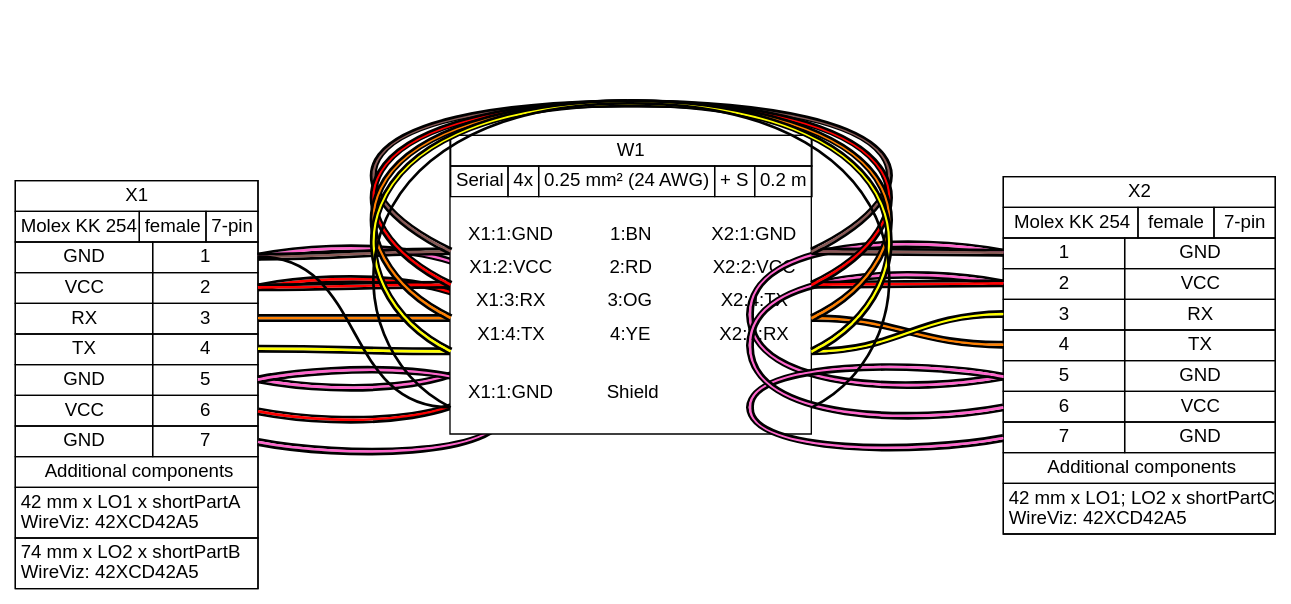
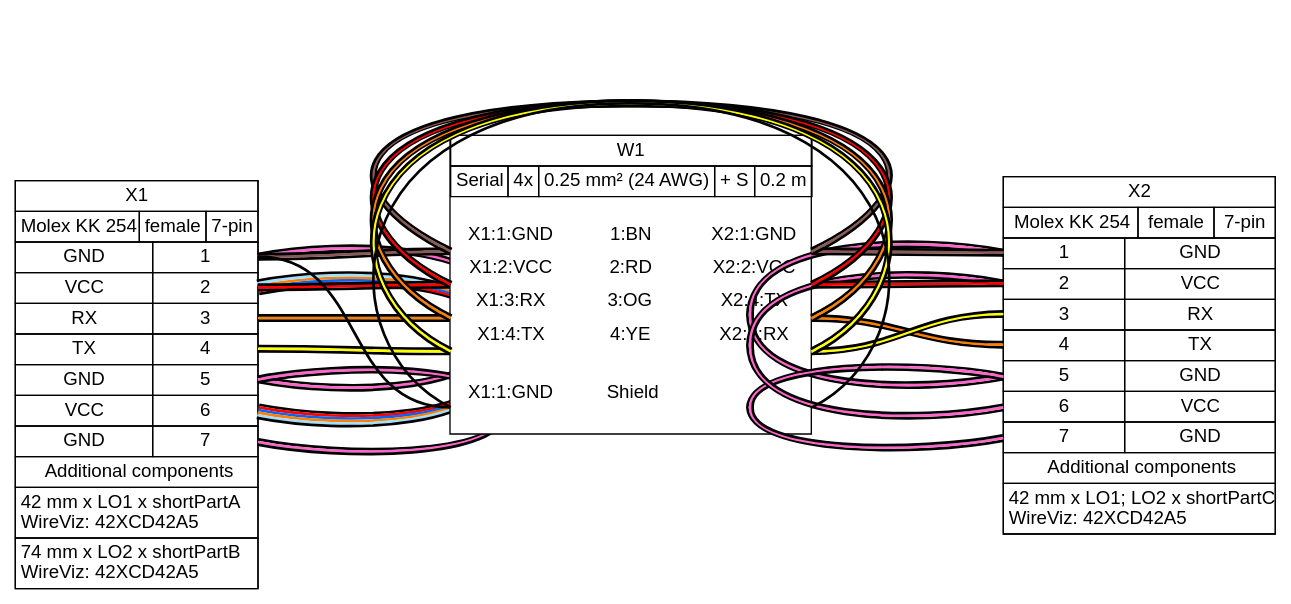
Before and after one commit to wireviz/WireViz: the diagram in examples/ex16.gv, drawn with Graphviz. The commit also changed 6 other files, not shown here.

```diff
--- a/examples/ex16.gv
+++ b/examples/ex16.gv
@@ -71,7 +71,7 @@
 	edge [color="#000000:#FF66CC:#000000"]
 	X1:p1r:e -- X1:p5r:e
 	X1:p5r:e -- X1:p7r:e
-	edge [color="#000000:#FF0000:#000000"]
+	edge [color="#000000:#FF0000:#0066FF:#FF8000:#A0DFFF:#000000"]
 	X1:p2r:e -- X1:p6r:e
 	edge [headclip=true style=bold tailclip=true]
 	X2 [label=<
```
